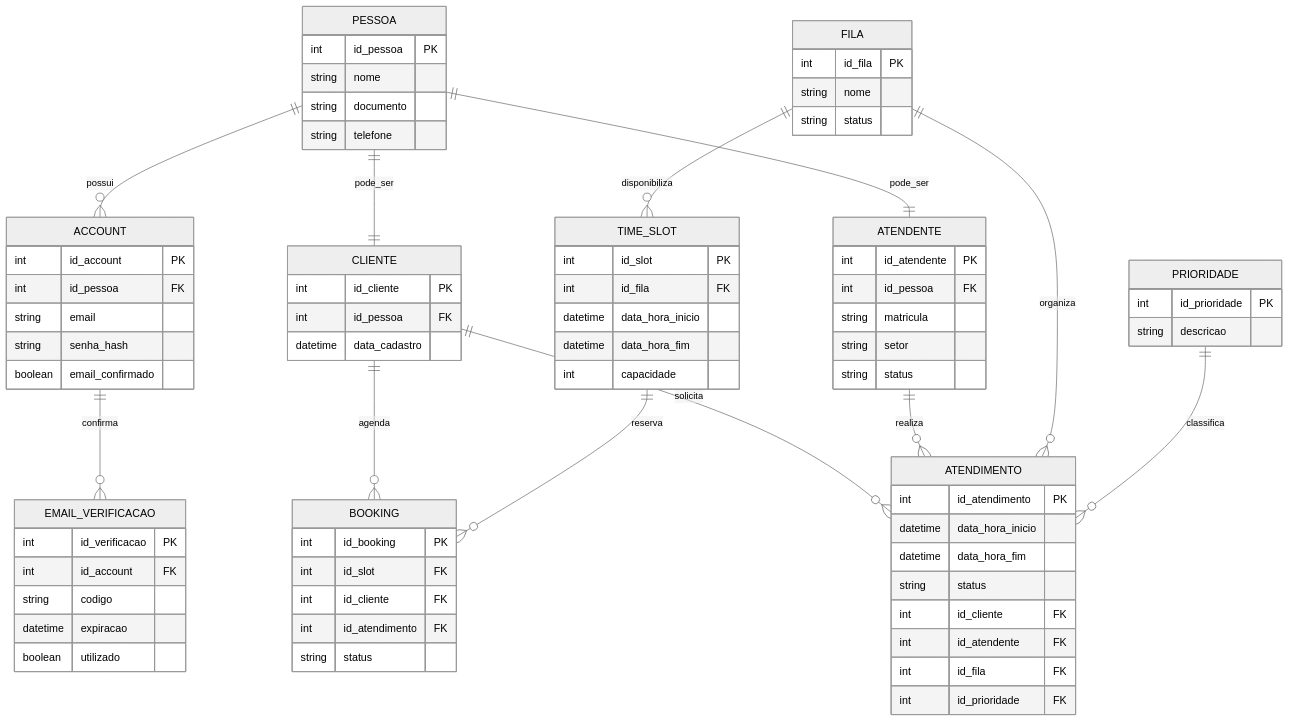
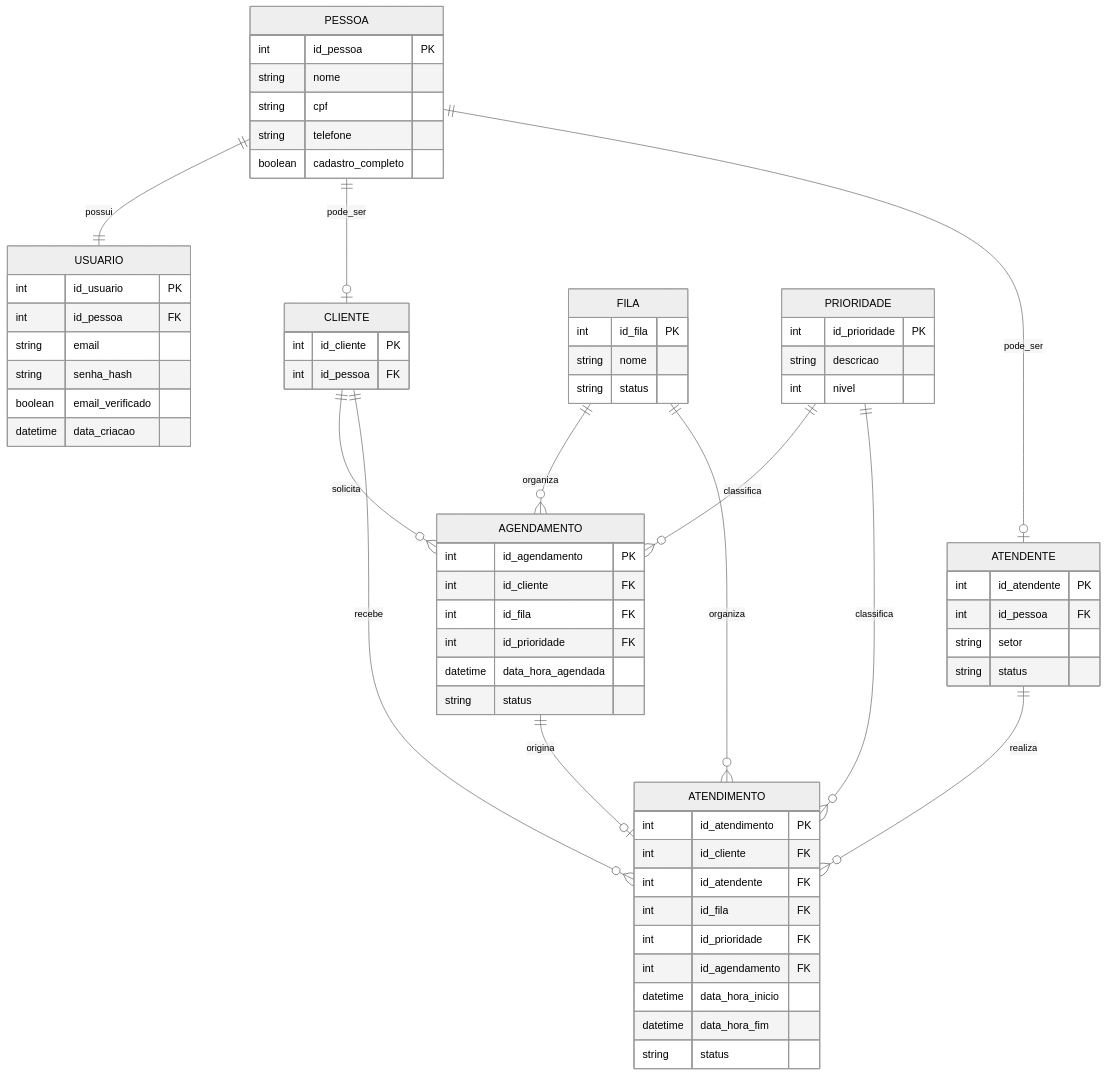
The diagram in README.md (SrSmithsm/Aplicativo-de-registro-de-atendimento), drawn with Mermaid (neutral theme) before and after one commit.

Commit message:
Atualiza o diagrama ER do projeto com a nova estrutura do sistema.
Principais alterações:
- Centralização dos dados na entidade PESSOA para evitar duplicidade
- Separação de papéis permitindo que uma pessoa seja cliente e/ou atendente
- Inclusão da entidade USUARIO para controle de acesso com email e senha
- Suporte a verificação de email e cadastro incompleto
- Adição das entidades AGENDAMENTO e PRIORIDADE
- Implementação de fila única com controle por nível de prioridade
- Ajuste dos relacionamentos para representar o fluxo completo: cadastro → agendamento → atendimento

````diff
--- a/README.md
+++ b/README.md
@@ -132,38 +132,31 @@
 ```mermaid
 erDiagram
+
     PESSOA {
         int id_pessoa PK
         string nome
-        string documento
+        string cpf
         string telefone
+        boolean cadastro_completo
     }
 
-    ACCOUNT {
-        int id_account PK
+    USUARIO {
+        int id_usuario PK
         int id_pessoa FK
         string email
         string senha_hash
-        boolean email_confirmado
-    }
-
-    EMAIL_VERIFICACAO {
-        int id_verificacao PK
-        int id_account FK
-        string codigo
-        datetime expiracao
-        boolean utilizado
+        boolean email_verificado
+        datetime data_criacao
     }
 
     CLIENTE {
         int id_cliente PK
         int id_pessoa FK
-        datetime data_cadastro
     }
 
     ATENDENTE {
         int id_atendente PK
         int id_pessoa FK
-        string matricula
         string setor
         string status
     }
@@ -177,49 +170,43 @@
     PRIORIDADE {
         int id_prioridade PK
         string descricao
+        int nivel
     }
 
-    TIME_SLOT {
-        int id_slot PK
+    AGENDAMENTO {
+        int id_agendamento PK
+        int id_cliente FK
         int id_fila FK
-        datetime data_hora_inicio
-        datetime data_hora_fim
-        int capacidade
+        int id_prioridade FK
+        datetime data_hora_agendada
+        string status
     }
 
     ATENDIMENTO {
         int id_atendimento PK
-        datetime data_hora_inicio
-        datetime data_hora_fim
-        string status
         int id_cliente FK
         int id_atendente FK
         int id_fila FK
         int id_prioridade FK
-    }
-
-    BOOKING {
-        int id_booking PK
-        int id_slot FK
-        int id_cliente FK
-        int id_atendimento FK
+        int id_agendamento FK
+        datetime data_hora_inicio
+        datetime data_hora_fim
         string status
     }
 
     %% Relacionamentos
 
-    PESSOA ||--o{ ACCOUNT : possui
-    ACCOUNT ||--o{ EMAIL_VERIFICACAO : confirma
+    PESSOA ||--|| USUARIO : possui
+    PESSOA ||--o| CLIENTE : pode_ser
+    PESSOA ||--o| ATENDENTE : pode_ser
 
-    PESSOA ||--|| CLIENTE : pode_ser
-    PESSOA ||--|| ATENDENTE : pode_ser
+    CLIENTE ||--o{ AGENDAMENTO : solicita
+    FILA ||--o{ AGENDAMENTO : organiza
+    PRIORIDADE ||--o{ AGENDAMENTO : classifica
 
-    CLIENTE ||--o{ BOOKING : agenda
-    FILA ||--o{ TIME_SLOT : disponibiliza
-    TIME_SLOT ||--o{ BOOKING : reserva
-
-    CLIENTE ||--o{ ATENDIMENTO : solicita
+    CLIENTE ||--o{ ATENDIMENTO : recebe
     ATENDENTE ||--o{ ATENDIMENTO : realiza
     FILA ||--o{ ATENDIMENTO : organiza
     PRIORIDADE ||--o{ ATENDIMENTO : classifica
+    AGENDAMENTO ||--o| ATENDIMENTO : origina
 ```
````
